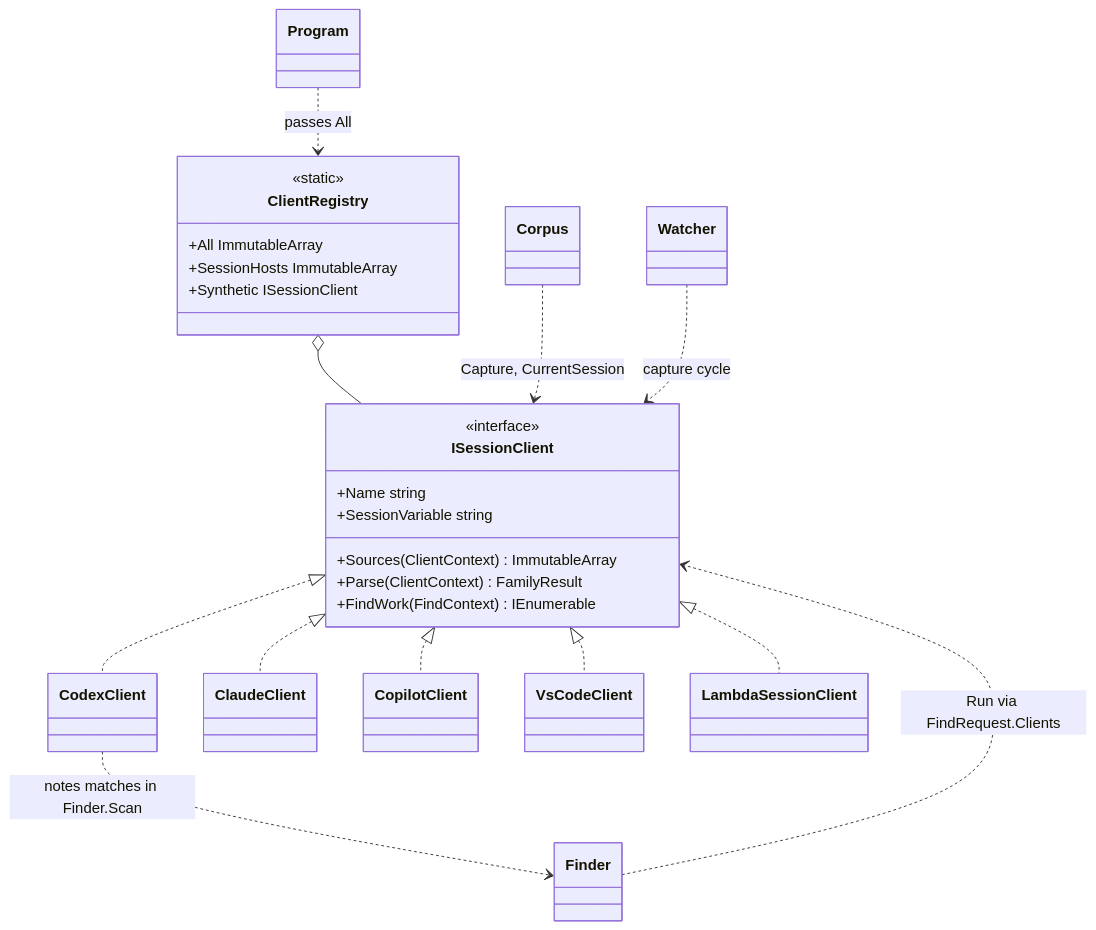
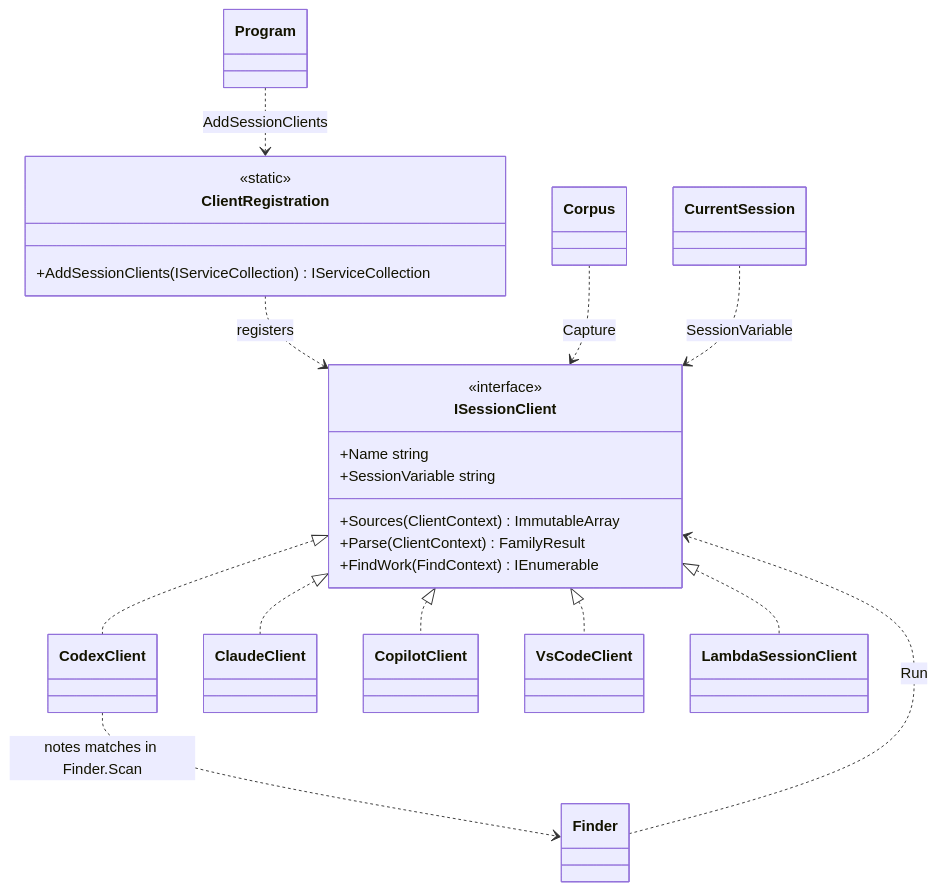
One commit to d-german/leann-session-memory changed the diagram in docs/client-strategy.md. Above: the diagram before and after it, drawn with Mermaid. The commit also changed other lines of this file and 41 other files, not shown here.

````diff
--- a/docs/client-strategy.md
+++ b/docs/client-strategy.md
@@ -66,28 +66,26 @@
 ```mermaid
 classDiagram
     class ISessionClient {
         <<interface>>
         +Name string
         +SessionVariable string
         +Sources(ClientContext) ImmutableArray
         +Parse(ClientContext) FamilyResult
         +FindWork(FindContext) IEnumerable
     }
-    class ClientRegistry {
+    class ClientRegistration {
         <<static>>
-        +All ImmutableArray
-        +SessionHosts ImmutableArray
-        +Synthetic ISessionClient
+        +AddSessionClients(IServiceCollection) IServiceCollection
     }
     ISessionClient <|.. CodexClient
     ISessionClient <|.. ClaudeClient
     ISessionClient <|.. CopilotClient
     ISessionClient <|.. VsCodeClient
     ISessionClient <|.. LambdaSessionClient
-    ClientRegistry o-- ISessionClient
-    Corpus ..> ISessionClient : Capture, CurrentSession
-    Watcher ..> ISessionClient : capture cycle
-    Finder ..> ISessionClient : Run via FindRequest.Clients
-    Program ..> ClientRegistry : passes All
+    ClientRegistration ..> ISessionClient : registers
+    Corpus ..> ISessionClient : Capture
+    Finder ..> ISessionClient : Run
+    CurrentSession ..> ISessionClient : SessionVariable
+    Program ..> ClientRegistration : AddSessionClients
     CodexClient ..> Finder : notes matches in Finder.Scan
 ```
````
